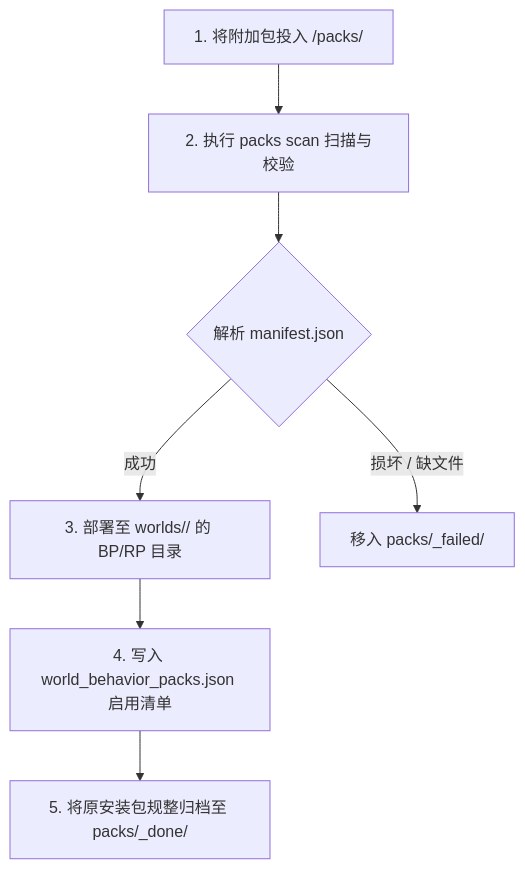
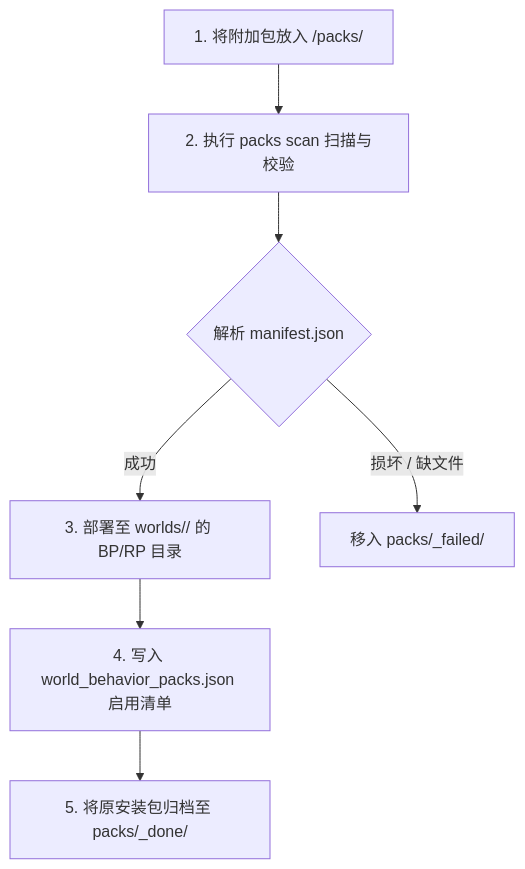
One commit to DogeLakeDev/ScriptsForMinecraftServer changed the diagram in docs/zh/guide/addons.md. Above: the diagram before and after it, drawn with Mermaid. The commit also changed other lines of this file and 282 other files, not shown here.

````diff
--- a/docs/zh/guide/addons.md
+++ b/docs/zh/guide/addons.md
@@ -26,9 +26,9 @@
 ```mermaid
 flowchart TD
-  Drop["1. 将附加包投入 <SFMC_ROOT>/packs/"] --> Scan["2. 执行 packs scan 扫描与校验"]
+  Drop["1. 将附加包放入 <SFMC_ROOT>/packs/"] --> Scan["2. 执行 packs scan 扫描与校验"]
   Scan --> Check{解析 manifest.json}
   Check -->|成功| Deploy["3. 部署至 worlds/<level>/ 的 BP/RP 目录"]
   Check -->|损坏 / 缺文件| Fail["移入 packs/_failed/"]
   Deploy --> Enable["4. 写入 world_behavior_packs.json 启用清单"]
-  Enable --> Done["5. 将原安装包规整归档至 packs/_done/"]
+  Enable --> Done["5. 将原安装包归档至 packs/_done/"]
 ```
````
